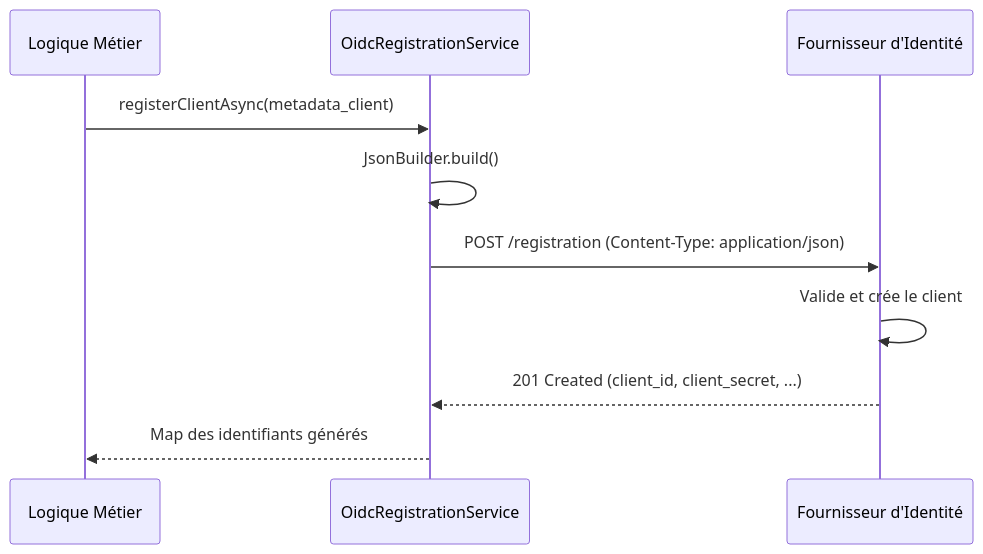
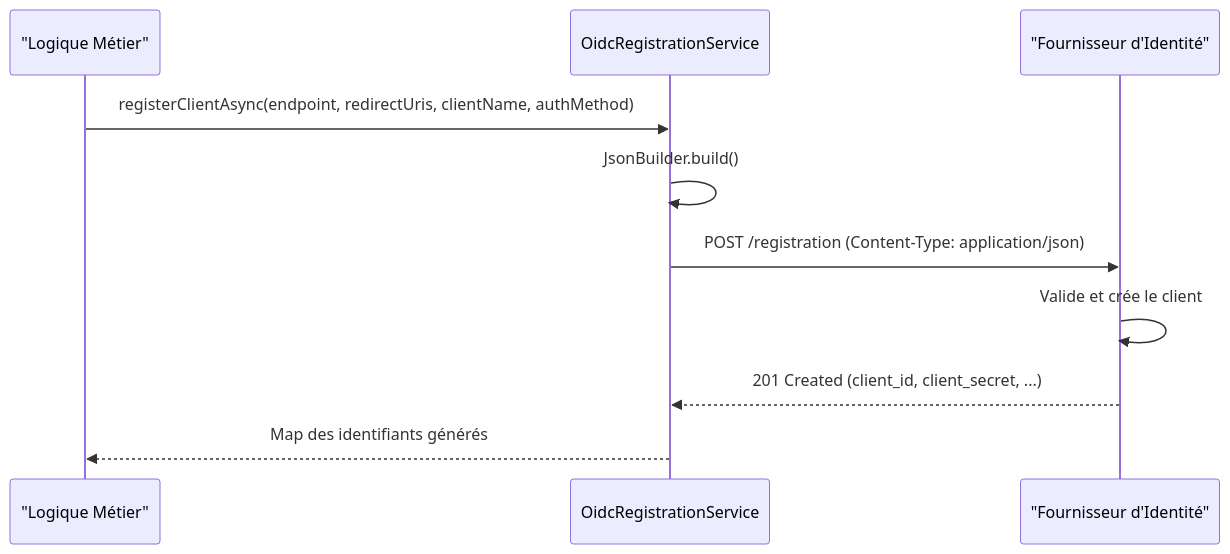
Diagram 16 of 21 in docs/explanations/oauth2-flows.md (Q300Z/scribejava), drawn with Mermaid before and after one commit. The commit also changed other lines of this file, not shown here.

Commit message:
docs(oidc): fix mermaid syntax and align architectural flows with codebase

````diff
--- a/docs/explanations/oauth2-flows.md
+++ b/docs/explanations/oauth2-flows.md
@@ -499,15 +493,15 @@
 ```mermaid
 
 sequenceDiagram
-    participant App as Logique Métier
+    participant App as "Logique Métier"
     participant Reg as OidcRegistrationService
-    participant IdP as Fournisseur d'Identité
+    participant IdP as "Fournisseur d'Identité"
 
-    App->>Reg: registerClientAsync(metadata_client)
+    App->>Reg: registerClientAsync(endpoint, redirectUris, clientName, authMethod)
     Reg->>Reg: JsonBuilder.build()
     Reg->>IdP: POST /registration (Content-Type: application/json)
     IdP->>IdP: Valide et crée le client
     IdP-->>Reg: 201 Created (client_id, client_secret, ...)
     Reg-->>App: Map des identifiants générés
 
 ```
````
